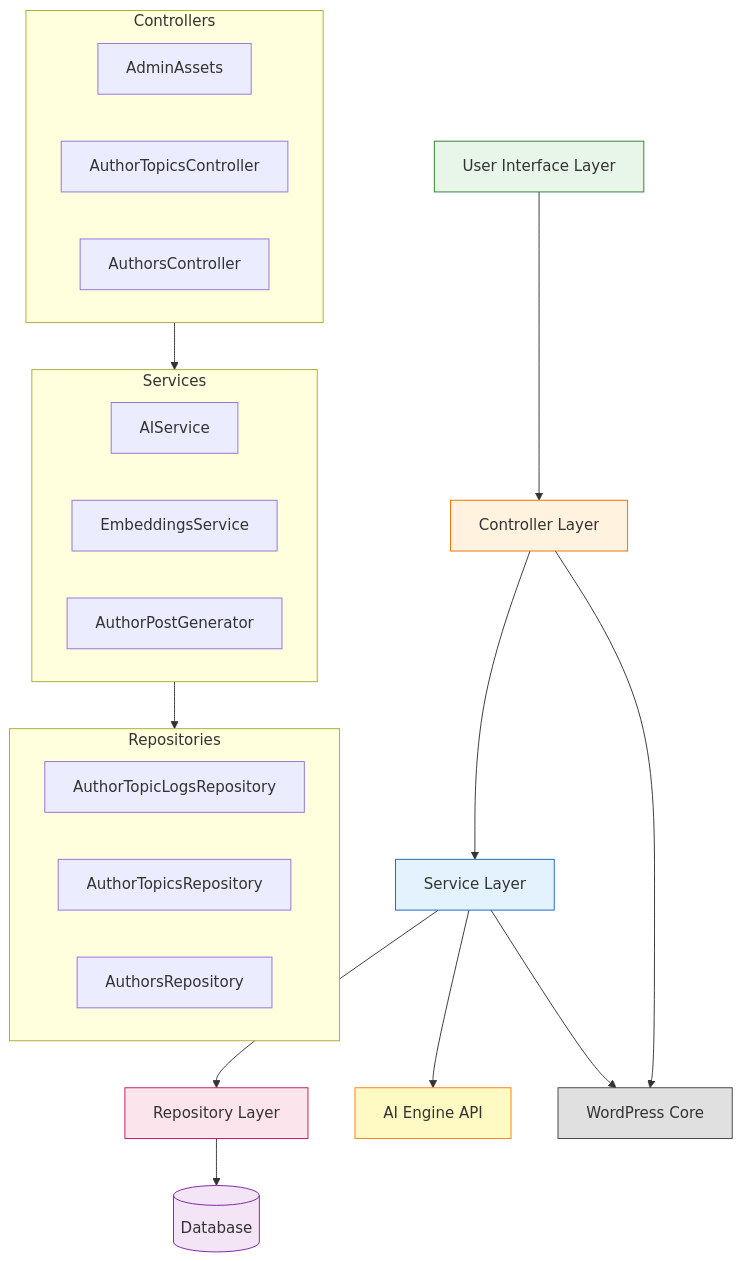
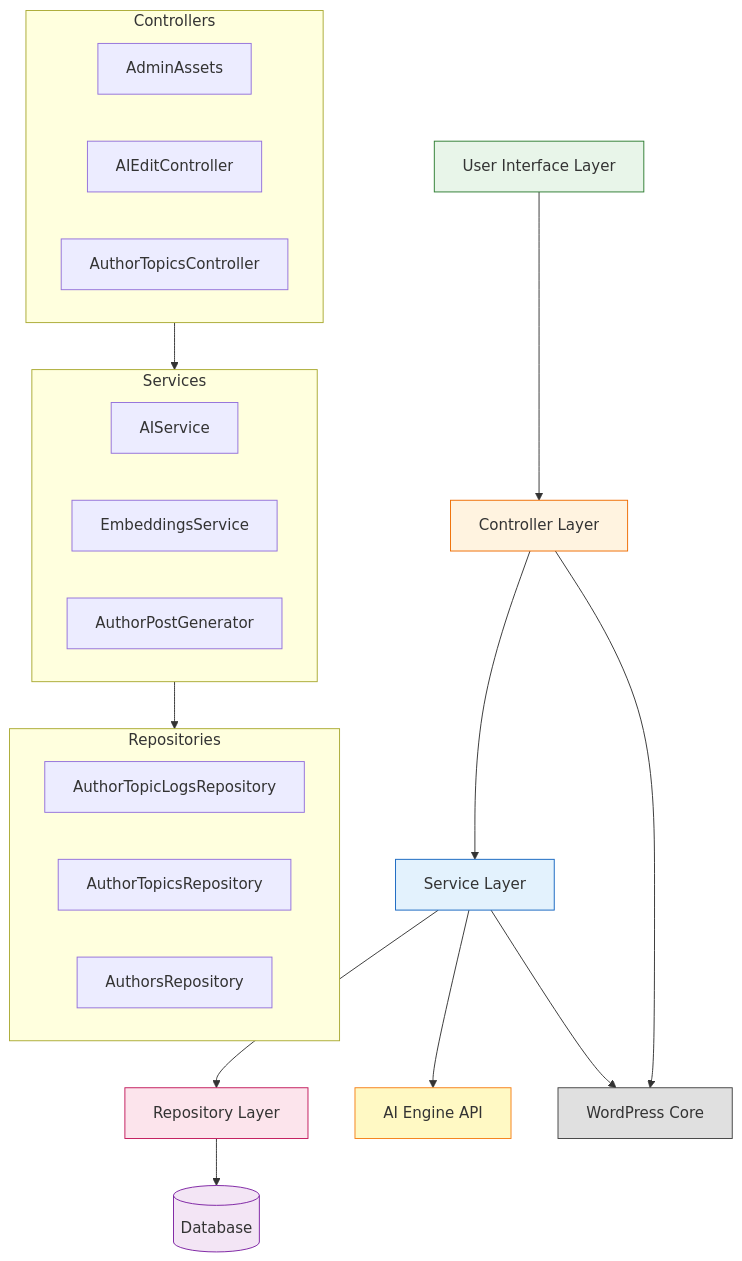
The first of 10 diagrams in docs/feature-report.md (rpnunez/wp-ai-scheduler), drawn with Mermaid before and after one commit. The commit also changed other lines of this file and 3 other files, not shown here.

````diff
--- a/docs/feature-report.md
+++ b/docs/feature-report.md
@@ -36,49 +36,49 @@
 ```mermaid
 flowchart TB
     %% Overall Plugin Architecture
 
     UI[User Interface Layer]
     CTRL[Controller Layer]
     SVC[Service Layer]
     REPO[Repository Layer]
     DB[(Database)]
     AI[AI Engine API]
     WP[WordPress Core]
 
     UI --> CTRL
     CTRL --> SVC
     SVC --> REPO
     SVC --> AI
     REPO --> DB
     CTRL --> WP
     SVC --> WP
 
     subgraph Controllers
         AdminAssets
+        AIEditController
         AuthorTopicsController
-        AuthorsController
     end
 
     subgraph Services
         AIService
         EmbeddingsService
         AuthorPostGenerator
     end
 
     subgraph Repositories
         AuthorTopicLogsRepository
         AuthorTopicsRepository
         AuthorsRepository
     end
 
     Controllers --> Services
     Services --> Repositories
 
     style UI fill:#e8f5e9,stroke:#2e7d32
     style CTRL fill:#fff3e0,stroke:#ef6c00
     style SVC fill:#e3f2fd,stroke:#1565c0
     style REPO fill:#fce4ec,stroke:#c2185b
     style DB fill:#f3e5f5,stroke:#7b1fa2
     style AI fill:#fff9c4,stroke:#f57f17
     style WP fill:#e0e0e0,stroke:#424242
 ```
````
